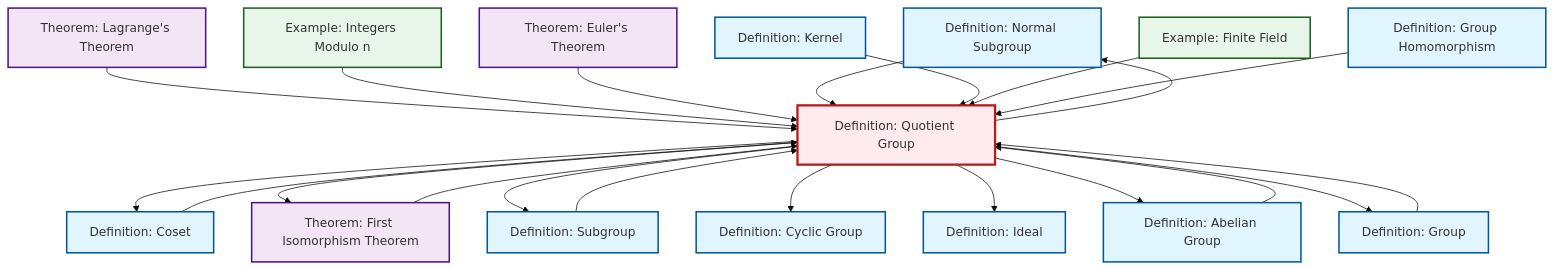
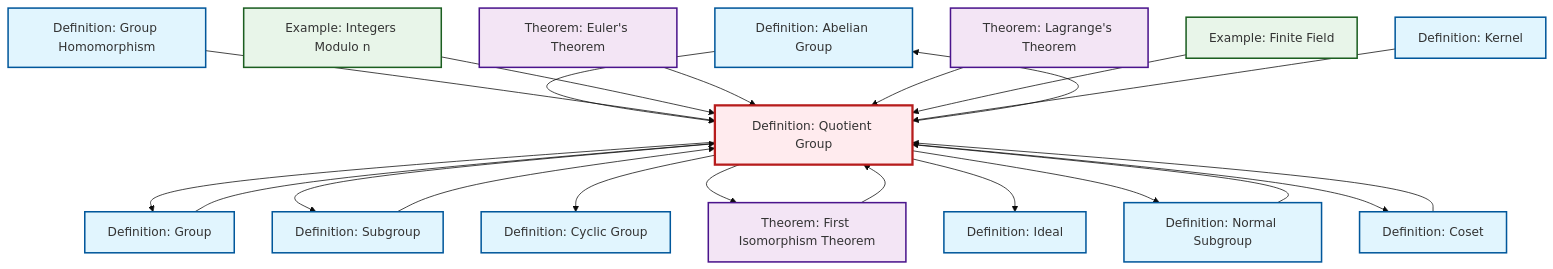
Before and after one commit to RK0429/ModernMath: the diagram in content/en/algebra/def-quotient-group.qmd, drawn with Mermaid (base theme). The commit also changed other lines of this file and 531 other files, not shown here.

````diff
--- a/content/en/algebra/def-quotient-group.qmd
+++ b/content/en/algebra/def-quotient-group.qmd
@@ -142,59 +144,59 @@
 ```{mermaid}
 %%| fig-cap: "Local dependency graph"
 graph TD
     classDef definition fill:#e1f5fe,stroke:#01579b,stroke-width:2px
     classDef theorem fill:#f3e5f5,stroke:#4a148c,stroke-width:2px
     classDef axiom fill:#fff3e0,stroke:#e65100,stroke-width:2px
     classDef example fill:#e8f5e9,stroke:#1b5e20,stroke-width:2px
     classDef current fill:#ffebee,stroke:#b71c1c,stroke-width:3px
+    def-ideal["Definition: Ideal"]:::definition
+    def-abelian-group["Definition: Abelian Group"]:::definition
+    def-cyclic-group["Definition: Cyclic Group"]:::definition
+    ex-finite-field["Example: Finite Field"]:::example
+    def-quotient-group["Definition: Quotient Group"]:::definition
+    def-homomorphism["Definition: Group Homomorphism"]:::definition
+    thm-euler["Theorem: Euler's Theorem"]:::theorem
+    thm-first-isomorphism["Theorem: First Isomorphism Theorem"]:::theorem
+    def-group["Definition: Group"]:::definition
     def-normal-subgroup["Definition: Normal Subgroup"]:::definition
-    thm-first-isomorphism["Theorem: First Isomorphism Theorem"]:::theorem
-    def-kernel["Definition: Kernel"]:::definition
-    def-ideal["Definition: Ideal"]:::definition
-    def-homomorphism["Definition: Group Homomorphism"]:::definition
-    def-coset["Definition: Coset"]:::definition
+    def-subgroup["Definition: Subgroup"]:::definition
     ex-quotient-integers-mod-n["Example: Integers Modulo n"]:::example
     thm-lagrange["Theorem: Lagrange's Theorem"]:::theorem
-    def-quotient-group["Definition: Quotient Group"]:::definition
-    thm-euler["Theorem: Euler's Theorem"]:::theorem
-    def-cyclic-group["Definition: Cyclic Group"]:::definition
-    def-subgroup["Definition: Subgroup"]:::definition
-    def-group["Definition: Group"]:::definition
-    ex-finite-field["Example: Finite Field"]:::example
-    def-abelian-group["Definition: Abelian Group"]:::definition
+    def-coset["Definition: Coset"]:::definition
+    def-kernel["Definition: Kernel"]:::definition
+    def-group --> def-quotient-group
+    def-abelian-group --> def-quotient-group
+    def-coset --> def-quotient-group
+    thm-first-isomorphism --> def-quotient-group
+    def-quotient-group --> def-group
+    def-subgroup --> def-quotient-group
+    def-quotient-group --> def-subgroup
+    def-homomorphism --> def-quotient-group
+    ex-quotient-integers-mod-n --> def-quotient-group
+    thm-euler --> def-quotient-group
+    def-quotient-group --> def-cyclic-group
     thm-lagrange --> def-quotient-group
-    def-subgroup --> def-quotient-group
+    ex-finite-field --> def-quotient-group
+    def-kernel --> def-quotient-group
+    def-quotient-group --> def-abelian-group
+    def-quotient-group --> thm-first-isomorphism
+    def-quotient-group --> def-ideal
+    def-quotient-group --> def-normal-subgroup
     def-quotient-group --> def-coset
-    ex-quotient-integers-mod-n --> def-quotient-group
-    def-quotient-group --> thm-first-isomorphism
-    def-coset --> def-quotient-group
-    thm-euler --> def-quotient-group
-    def-quotient-group --> def-subgroup
-    def-quotient-group --> def-normal-subgroup
-    def-quotient-group --> def-cyclic-group
     def-normal-subgroup --> def-quotient-group
-    def-kernel --> def-quotient-group
-    def-group --> def-quotient-group
-    ex-finite-field --> def-quotient-group
-    def-abelian-group --> def-quotient-group
-    def-quotient-group --> def-ideal
-    thm-first-isomorphism --> def-quotient-group
-    def-quotient-group --> def-abelian-group
-    def-quotient-group --> def-group
-    def-homomorphism --> def-quotient-group
     class def-quotient-group current
+    click def-ideal "def-ideal.html" "Go to Ideal definition"
+    click def-abelian-group "def-abelian-group.html" "Go to Abelian Group definition"
+    click def-cyclic-group "def-cyclic-group.html" "Go to Cyclic Group definition"
+    click ex-finite-field "ex-finite-field.html" "Go to Finite Field example"
+    click def-homomorphism "def-homomorphism.html" "Go to Group Homomorphism definition"
+    click thm-euler "thm-euler.html" "Go to Euler's Theorem theorem"
+    click thm-first-isomorphism "thm-first-isomorphism.html" "Go to First Isomorphism Theorem theorem"
+    click def-group "def-group.html" "Go to Group definition"
     click def-normal-subgroup "def-normal-subgroup.html" "Go to Normal Subgroup definition"
-    click thm-first-isomorphism "thm-first-isomorphism.html" "Go to First Isomorphism Theorem theorem"
-    click def-kernel "def-kernel.html" "Go to Kernel definition"
-    click def-ideal "def-ideal.html" "Go to Ideal definition"
-    click def-homomorphism "def-homomorphism.html" "Go to Group Homomorphism definition"
-    click def-coset "def-coset.html" "Go to Coset definition"
+    click def-subgroup "def-subgroup.html" "Go to Subgroup definition"
     click ex-quotient-integers-mod-n "ex-quotient-integers-mod-n.html" "Go to Integers Modulo n example"
     click thm-lagrange "thm-lagrange.html" "Go to Lagrange's Theorem theorem"
-    click thm-euler "thm-euler.html" "Go to Euler's Theorem theorem"
-    click def-cyclic-group "def-cyclic-group.html" "Go to Cyclic Group definition"
-    click def-subgroup "def-subgroup.html" "Go to Subgroup definition"
-    click def-group "def-group.html" "Go to Group definition"
-    click ex-finite-field "ex-finite-field.html" "Go to Finite Field example"
-    click def-abelian-group "def-abelian-group.html" "Go to Abelian Group definition"
+    click def-coset "def-coset.html" "Go to Coset definition"
+    click def-kernel "def-kernel.html" "Go to Kernel definition"
 ```
````
